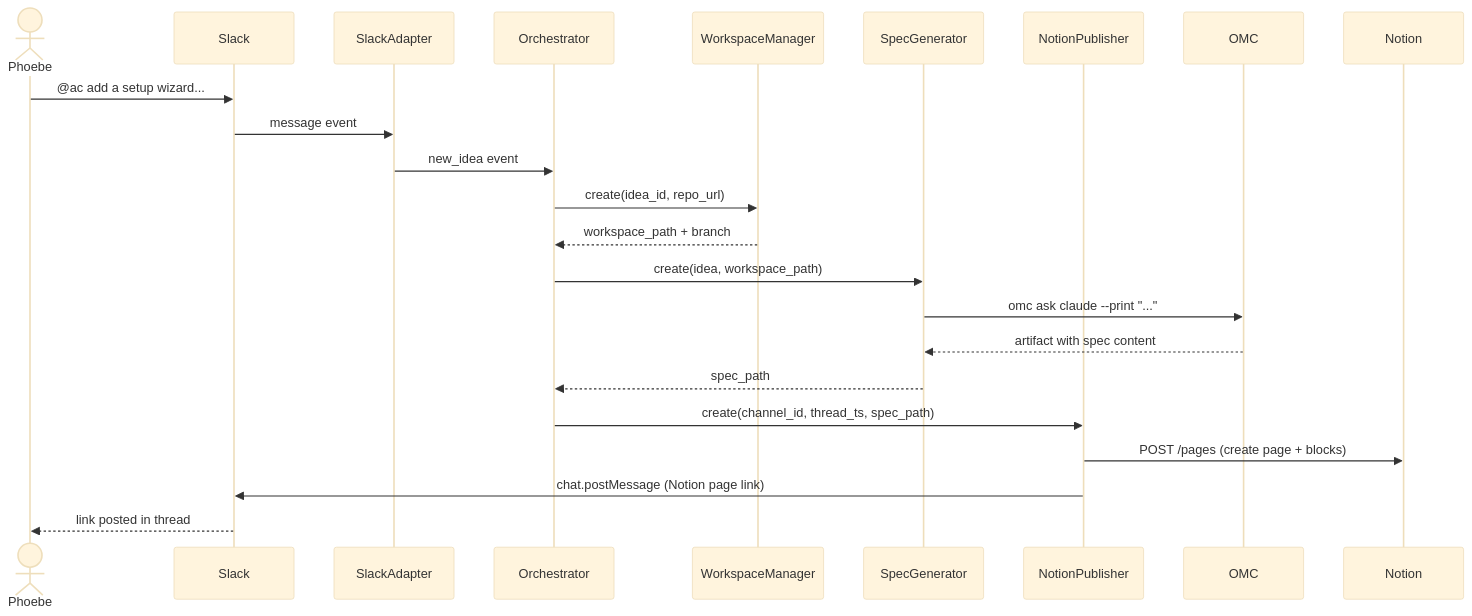
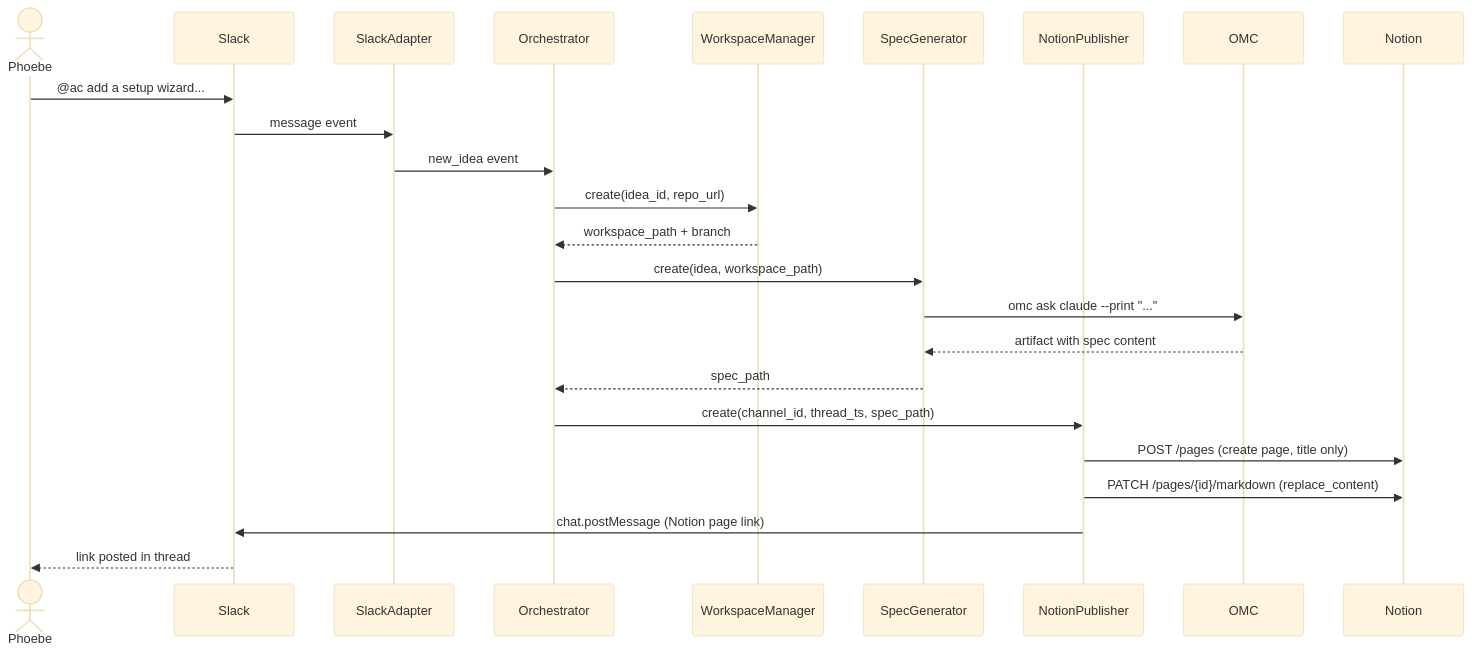
The second of 3 diagrams in context-human/specs/enhancement-notion-publisher.md (markdstafford/autocatalyst), drawn with Mermaid (base theme) before and after one commit. The commit also changed other lines of this file and 4 other files, not shown here.

````diff
--- a/context-human/specs/enhancement-notion-publisher.md
+++ b/context-human/specs/enhancement-notion-publisher.md
@@ -135,24 +141,25 @@
 ```mermaid
 sequenceDiagram
     actor Phoebe
     participant Slack
     participant SlackAdapter
     participant Orchestrator
     participant WorkspaceManager
     participant SpecGenerator
     participant NotionPublisher
 
     Phoebe->>Slack: @ac add a setup wizard...
     Slack->>SlackAdapter: message event
     SlackAdapter->>Orchestrator: new_idea event
     Orchestrator->>WorkspaceManager: create(idea_id, repo_url)
     WorkspaceManager-->>Orchestrator: workspace_path + branch
     Orchestrator->>SpecGenerator: create(idea, workspace_path)
     SpecGenerator->>OMC: omc ask claude --print "..."
     OMC-->>SpecGenerator: artifact with spec content
     SpecGenerator-->>Orchestrator: spec_path
     Orchestrator->>NotionPublisher: create(channel_id, thread_ts, spec_path)
-    NotionPublisher->>Notion: POST /pages (create page + blocks)
+    NotionPublisher->>Notion: POST /pages (create page, title only)
+    NotionPublisher->>Notion: PATCH /pages/{id}/markdown (replace_content)
     NotionPublisher->>Slack: chat.postMessage (Notion page link)
     Slack-->>Phoebe: link posted in thread
 ```
````
